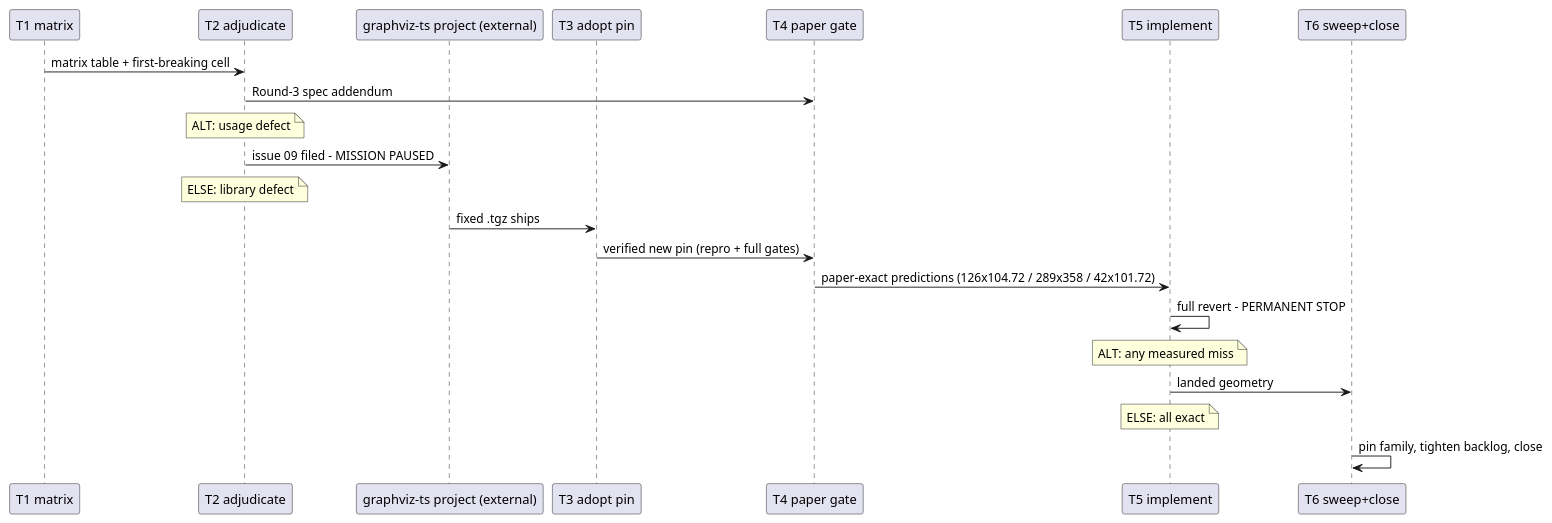
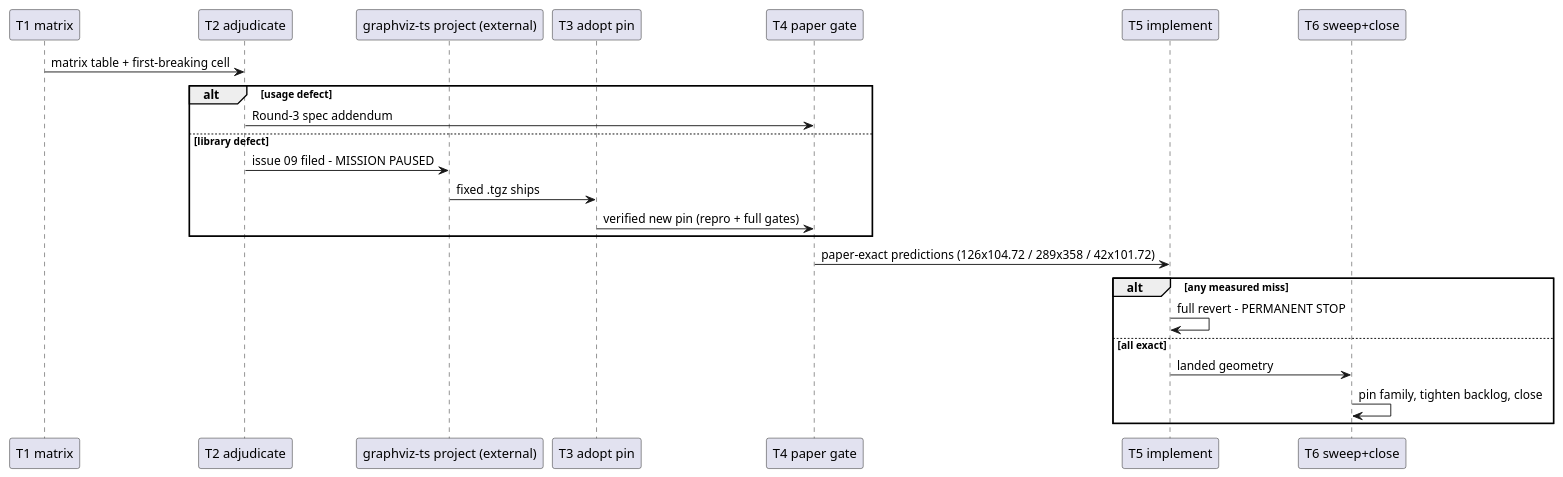
One commit to knowvah/plantuml-ts changed the diagram in plans/g7-borderpoint-rank/diagrams/data-flow.md. Above: the diagram before and after it, drawn with PlantUML. The commit also changed 13 other files, not shown here.

First line of the commit message:
docs: restore real alt/else/loop grouping in the converted diagrams

````diff
--- a/plans/g7-borderpoint-rank/diagrams/data-flow.md
+++ b/plans/g7-borderpoint-rank/diagrams/data-flow.md
@@ -3,27 +3,26 @@
 ```plantuml
 @startuml
-' NOTE: mermaid grouping flattened -- alt/opt/loop/group render the whole
-' diagram EMPTY in plantuml-ts today (.agent-notes/plantuml-sequence-group-empty.md).
-' Original nesting: alt usage defect ; else library defect ; alt any measured miss ; else all exact
 participant "T1 matrix" as T1
 participant "T2 adjudicate" as T2
 participant "graphviz-ts project (external)" as EXT
 participant "T3 adopt pin" as T3
 participant "T4 paper gate" as T4
 participant "T5 implement" as T5
 participant "T6 sweep+close" as T6
 T1 -> T2 : matrix table + first-breaking cell
-T2 -> T4 : Round-3 spec addendum
-note over T2 : ALT: usage defect
-T2 -> EXT : issue 09 filed - MISSION PAUSED
-note over T2 : ELSE: library defect
-EXT -> T3 : fixed .tgz ships
-T3 -> T4 : verified new pin (repro + full gates)
+alt usage defect
+  T2 -> T4 : Round-3 spec addendum
+else library defect
+  T2 -> EXT : issue 09 filed - MISSION PAUSED
+  EXT -> T3 : fixed .tgz ships
+  T3 -> T4 : verified new pin (repro + full gates)
+end
 T4 -> T5 : paper-exact predictions (126x104.72 / 289x358 / 42x101.72)
-T5 -> T5 : full revert - PERMANENT STOP
-note over T5 : ALT: any measured miss
-T5 -> T6 : landed geometry
-note over T5 : ELSE: all exact
-T6 -> T6 : pin family, tighten backlog, close
+alt any measured miss
+  T5 -> T5 : full revert - PERMANENT STOP
+else all exact
+  T5 -> T6 : landed geometry
+  T6 -> T6 : pin family, tighten backlog, close
+end
 @enduml
 ```
````
